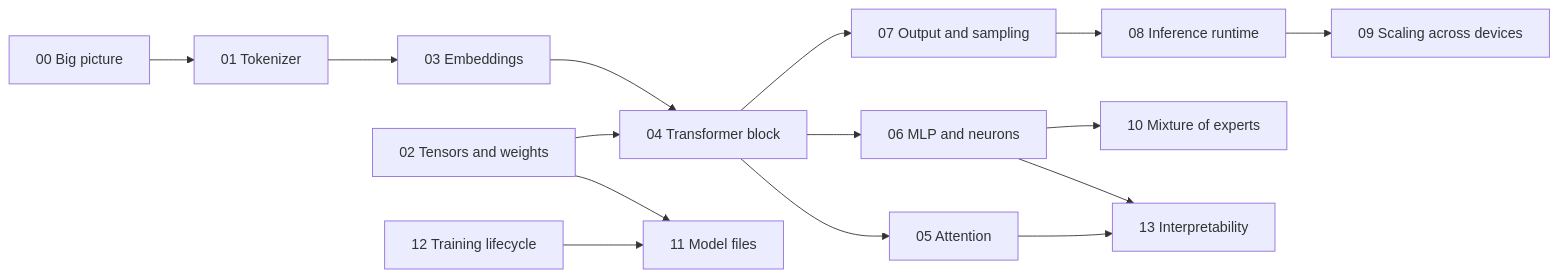
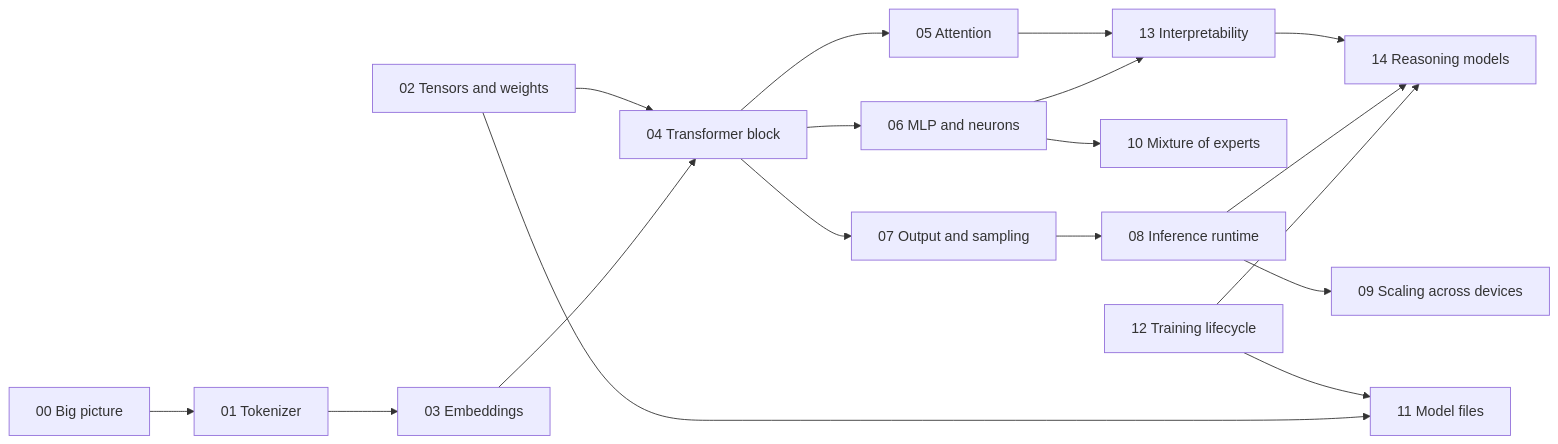
One commit to d-gubert/assets changed the diagram in README.md. Above: the diagram before and after it, drawn with Mermaid. The commit also changed other lines of this file and 4 other files, not shown here.

First line of the commit message:
add: reasoning models document

````diff
--- a/README.md
+++ b/README.md
@@ -40,17 +41,20 @@
 ```mermaid
 flowchart LR
     A[00 Big picture] --> B[01 Tokenizer]
     B --> C[03 Embeddings]
     C --> D[04 Transformer block]
     D --> E[05 Attention]
     D --> F[06 MLP and neurons]
     D --> G[07 Output and sampling]
     G --> H[08 Inference runtime]
     H --> I[09 Scaling across devices]
     F --> J[10 Mixture of experts]
     K[02 Tensors and weights] --> D
     K --> L[11 Model files]
     M[12 Training lifecycle] --> L
     F --> N[13 Interpretability]
     E --> N
+    M --> R[14 Reasoning models]
+    H --> R
+    N --> R
 ```
````
